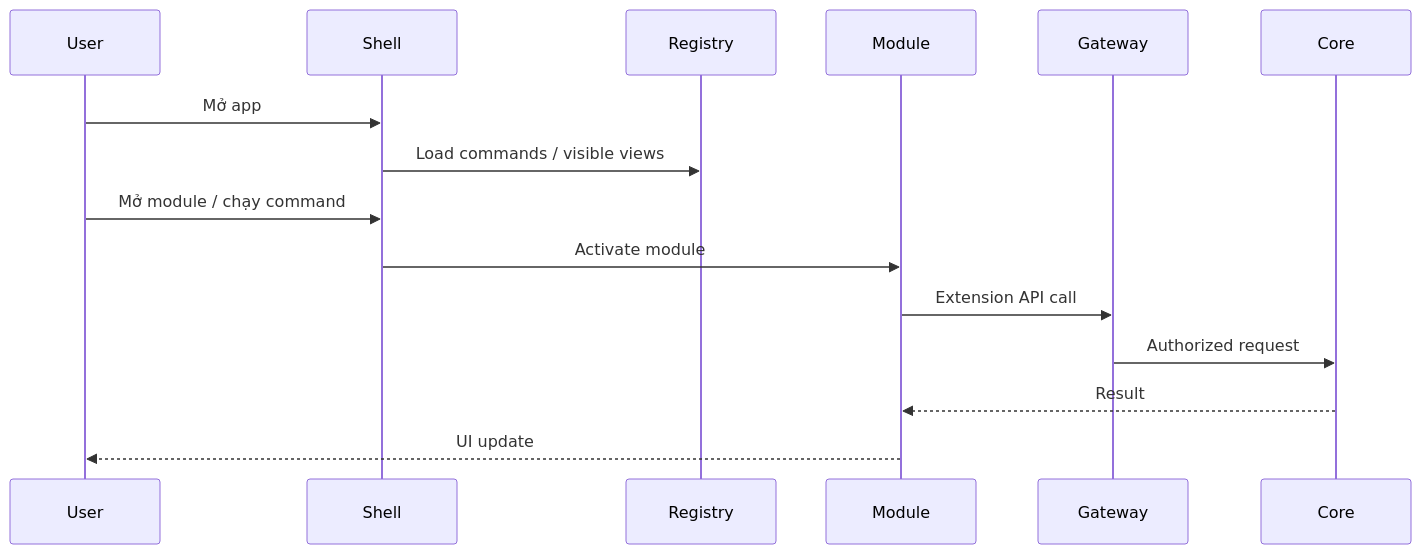
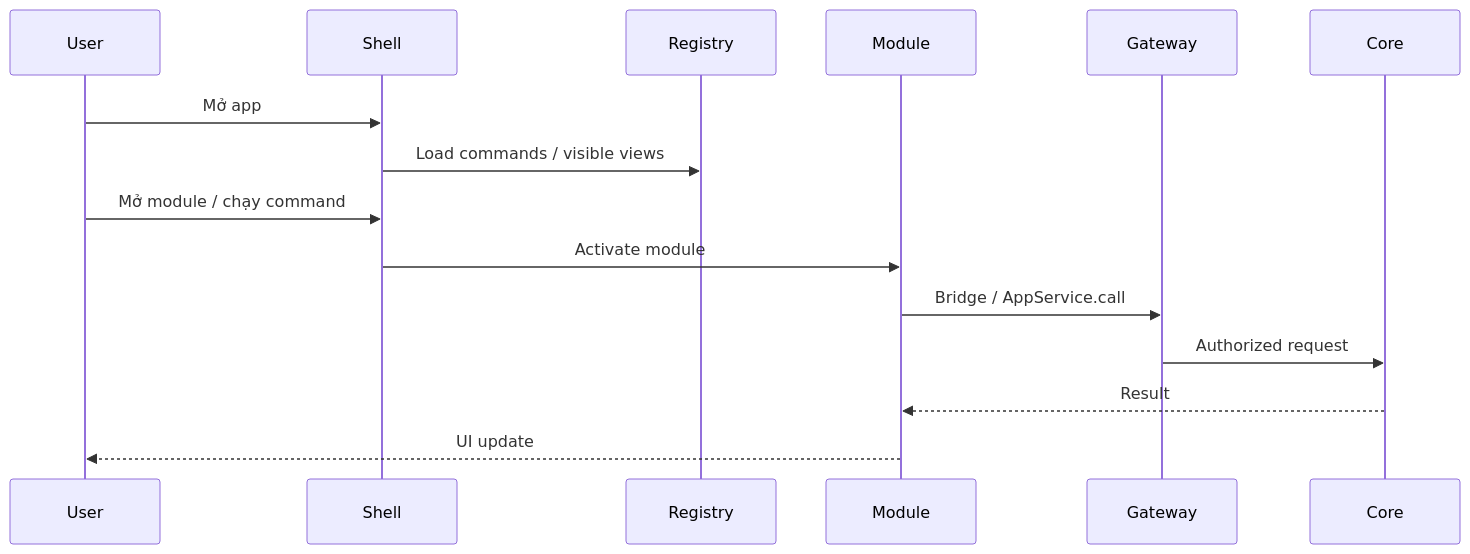
One commit to syurodev/base changed the diagram in content/projects/dev-kit/runtime.mdx. Above: the diagram before and after it, drawn with Mermaid. The commit also changed 2 other files, not shown here.

Commit message:
docs: correct built-in bridge path in knowledge diagrams

````diff
--- a/content/projects/dev-kit/runtime.mdx
+++ b/content/projects/dev-kit/runtime.mdx
@@ -10,18 +10,18 @@
 ```mermaid
 sequenceDiagram
   participant User
   participant Shell
   participant Registry
   participant Module
   participant Gateway
   participant Core
 
   User->>Shell: Mở app
   Shell->>Registry: Load commands / visible views
   User->>Shell: Mở module / chạy command
   Shell->>Module: Activate module
-  Module->>Gateway: Extension API call
+  Module->>Gateway: Bridge / AppService.call
   Gateway->>Core: Authorized request
   Core-->>Module: Result
   Module-->>User: UI update
 ```
````
